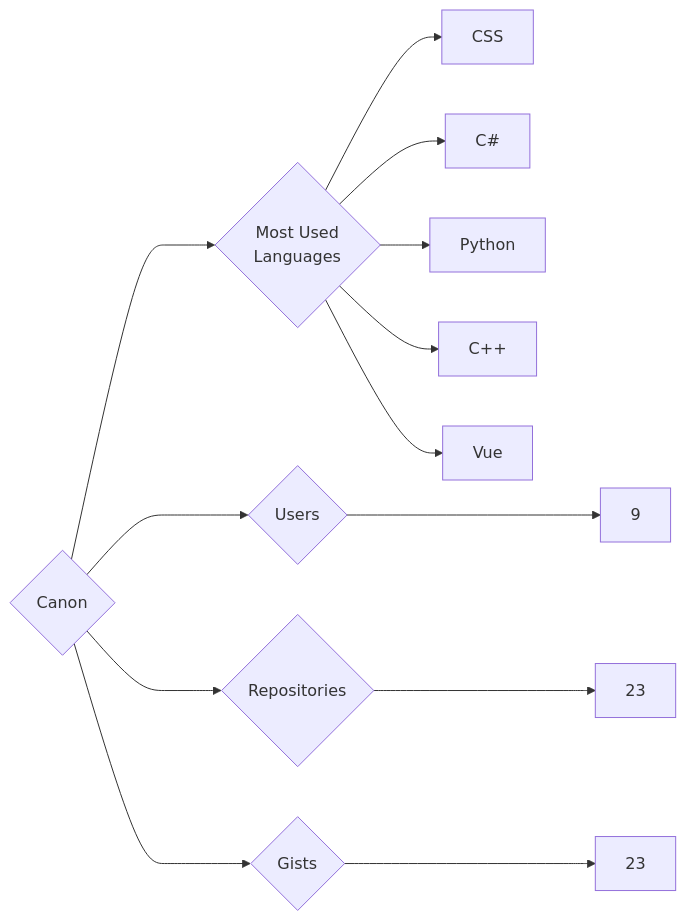
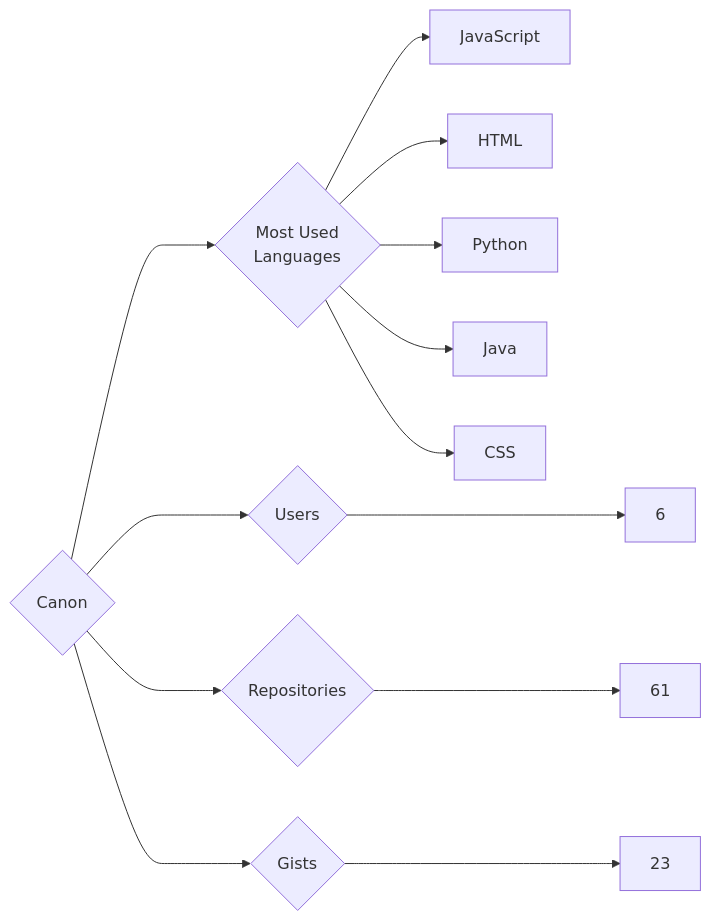
One commit to trickest/insiders changed the diagram in targets/Canon/README.md. Above: the diagram before and after it, drawn with Mermaid. The commit also changed 840 other files, not shown here.

````diff
--- a/targets/Canon/README.md
+++ b/targets/Canon/README.md
@@ -3,13 +3,13 @@
 ```mermaid
 graph LR
 COMPANY_NAME{Canon}
-COMPANY_NAME ---> U{Users} ---> UN[9]
-COMPANY_NAME ---> R{Repositories} ---> RN[23]
+COMPANY_NAME ---> U{Users} ---> UN[6]
+COMPANY_NAME ---> R{Repositories} ---> RN[61]
 COMPANY_NAME ---> G{Gists} ---> GN[23]
 COMPANY_NAME ---> ML{Most Used<br>Languages}
+ML --> JavaScript[JavaScript]
+ML --> HTML[HTML]
+ML --> Python[Python]
+ML --> Java[Java]
 ML --> CSS[CSS]
-ML --> C#[C#]
-ML --> Python[Python]
-ML --> C++[C++]
-ML --> Vue[Vue]
 ```
````
